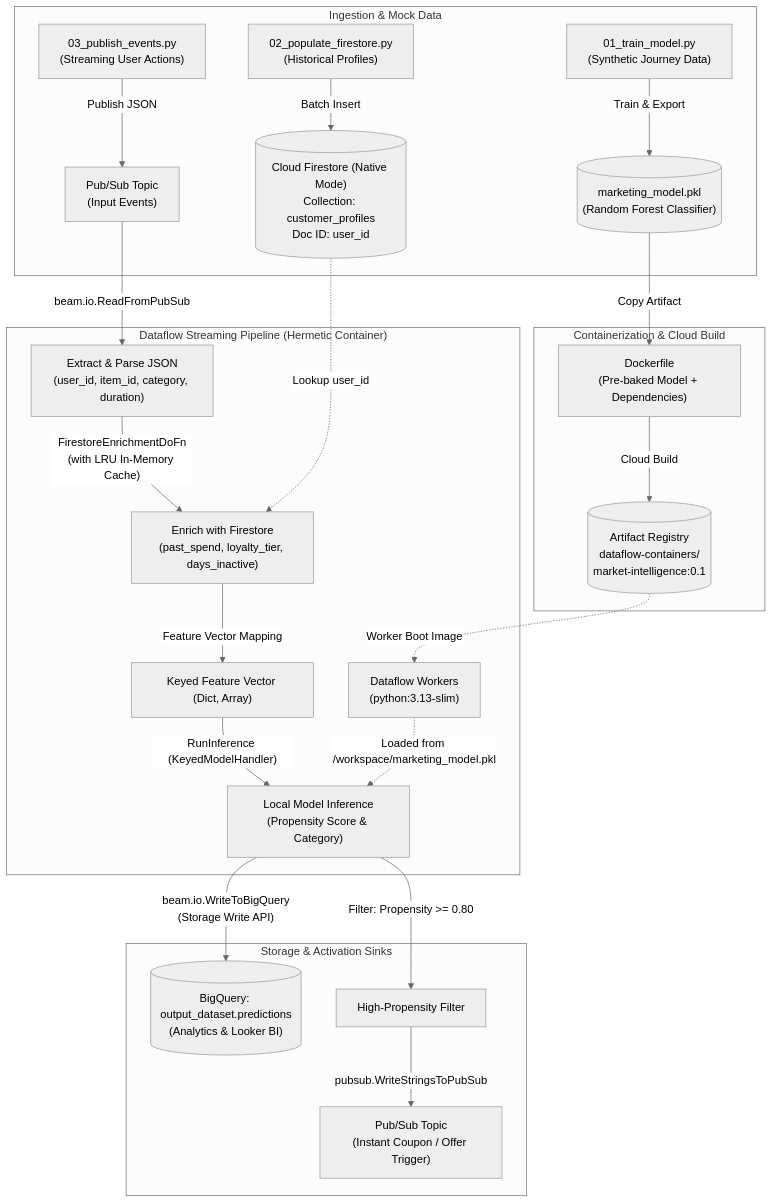
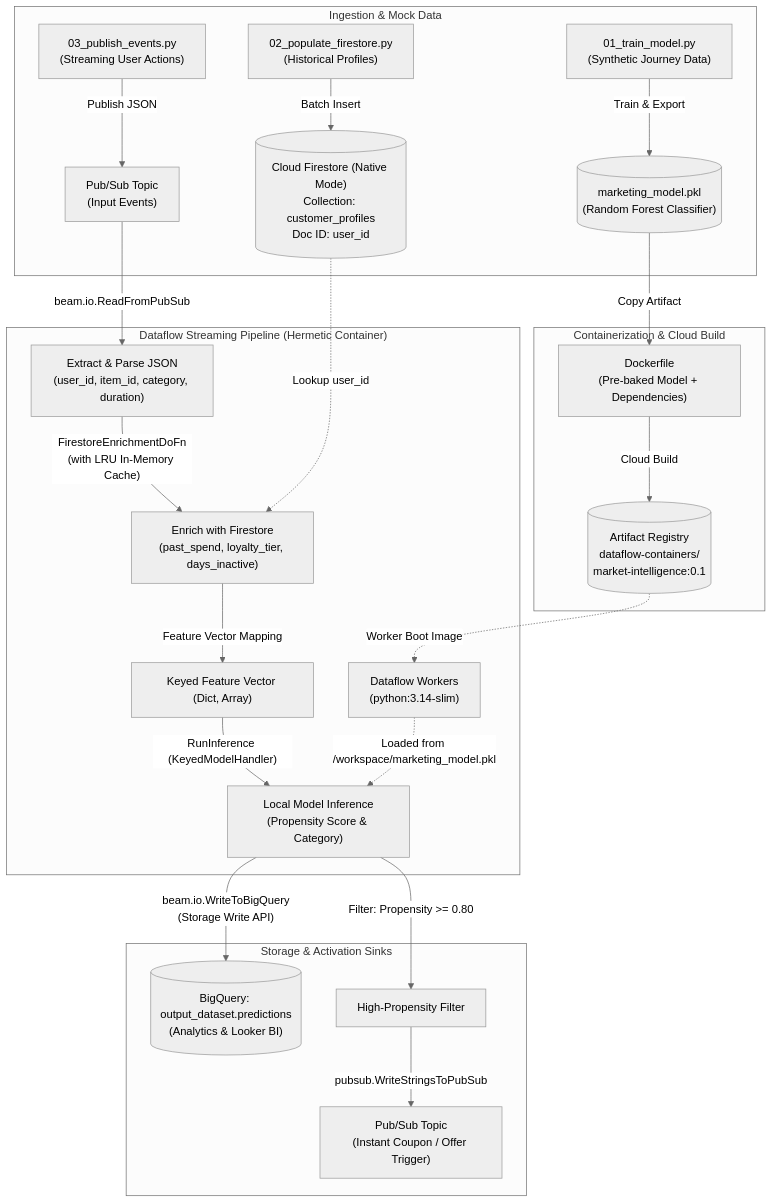
One commit to GoogleCloudPlatform/dataflow-solution-guides changed the diagram in pipelines/marketing_intelligence/README.md. Above: the diagram before and after it, drawn with Mermaid (neutral theme). The commit also changed other lines of this file and 22 other files, not shown here.

````diff
--- a/pipelines/marketing_intelligence/README.md
+++ b/pipelines/marketing_intelligence/README.md
@@ -13,29 +13,29 @@
 ```mermaid
 flowchart TD
     subgraph INGESTION["Ingestion & Mock Data"]
         TG["01_train_model.py\n(Synthetic Journey Data)"] -->|"Train & Export"| MODEL[("marketing_model.pkl\n(Random Forest Classifier)")]
         FG["02_populate_firestore.py\n(Historical Profiles)"] -->|"Batch Insert"| FS[("Cloud Firestore (Native Mode)\nCollection: customer_profiles\nDoc ID: user_id")]
         PG["03_publish_events.py\n(Streaming User Actions)"] -->|"Publish JSON"| PS_IN["Pub/Sub Topic\n(Input Events)"]
     end
 
     subgraph CONTAINERIZATION["Containerization & Cloud Build"]
         MODEL -->|"Copy Artifact"| DOCKER["Dockerfile\n(Pre-baked Model + Dependencies)"]
         DOCKER -->|"Cloud Build"| AR[("Artifact Registry\ndataflow-containers/\nmarket-intelligence:0.1")]
     end
 
     subgraph PIPELINE["Dataflow Streaming Pipeline (Hermetic Container)"]
-        AR -.->|"Worker Boot Image"| WORKERS["Dataflow Workers\n(python:3.13-slim)"]
+        AR -.->|"Worker Boot Image"| WORKERS["Dataflow Workers\n(python:3.14-slim)"]
         PS_IN -->|"beam.io.ReadFromPubSub"| EXTRACT["Extract & Parse JSON\n(user_id, item_id, category, duration)"]
         EXTRACT -->|"FirestoreEnrichmentDoFn\n(with LRU In-Memory Cache)"| ENRICH["Enrich with Firestore\n(past_spend, loyalty_tier, days_inactive)"]
         FS -.->|"Lookup user_id"| ENRICH
         ENRICH -->|"Feature Vector Mapping"| FEAT["Keyed Feature Vector (Dict, Array)"]
         FEAT -->|"RunInference (KeyedModelHandler)"| INF["Local Model Inference\n(Propensity Score & Category)"]
         WORKERS -.->|"Loaded from /workspace/marketing_model.pkl"| INF
     end
 
     subgraph SINKS["Storage & Activation Sinks"]
         INF -->|"beam.io.WriteToBigQuery\n(Storage Write API)"| BQ[("BigQuery: output_dataset.predictions\n(Analytics & Looker BI)")]
         INF -->|"Filter: Propensity >= 0.80"| ACT["High-Propensity Filter"]
         ACT -->|"pubsub.WriteStringsToPubSub"| PS_OUT["Pub/Sub Topic\n(Instant Coupon / Offer Trigger)"]
     end
 ```
````
